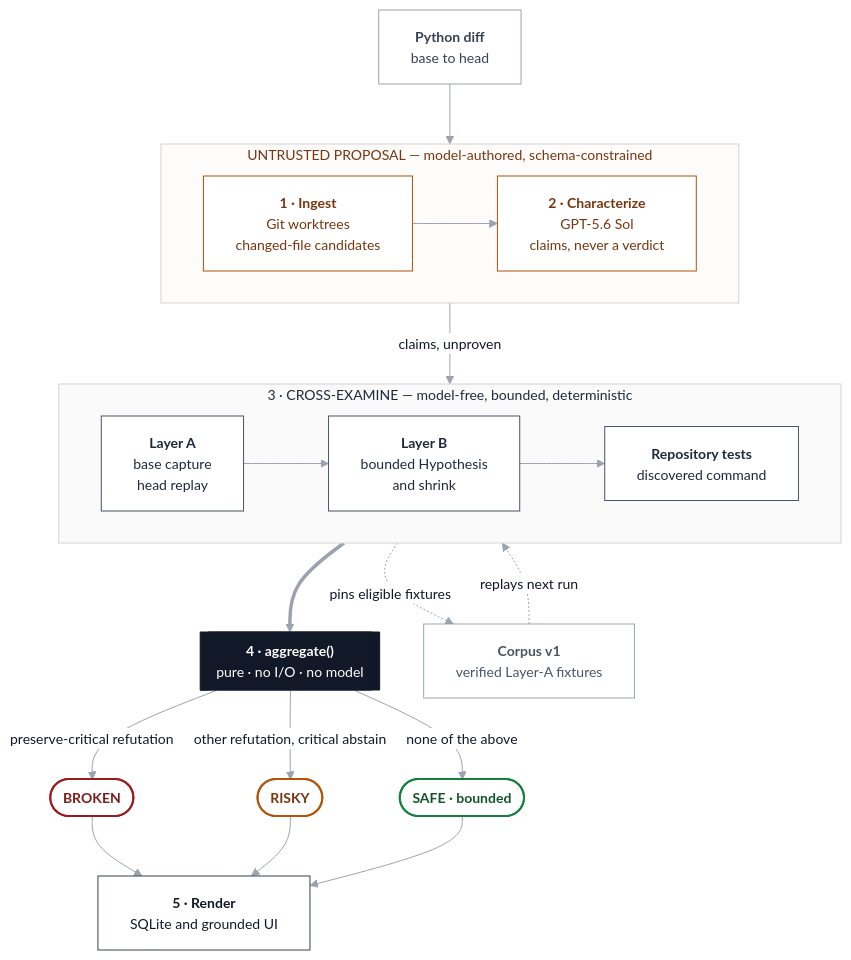
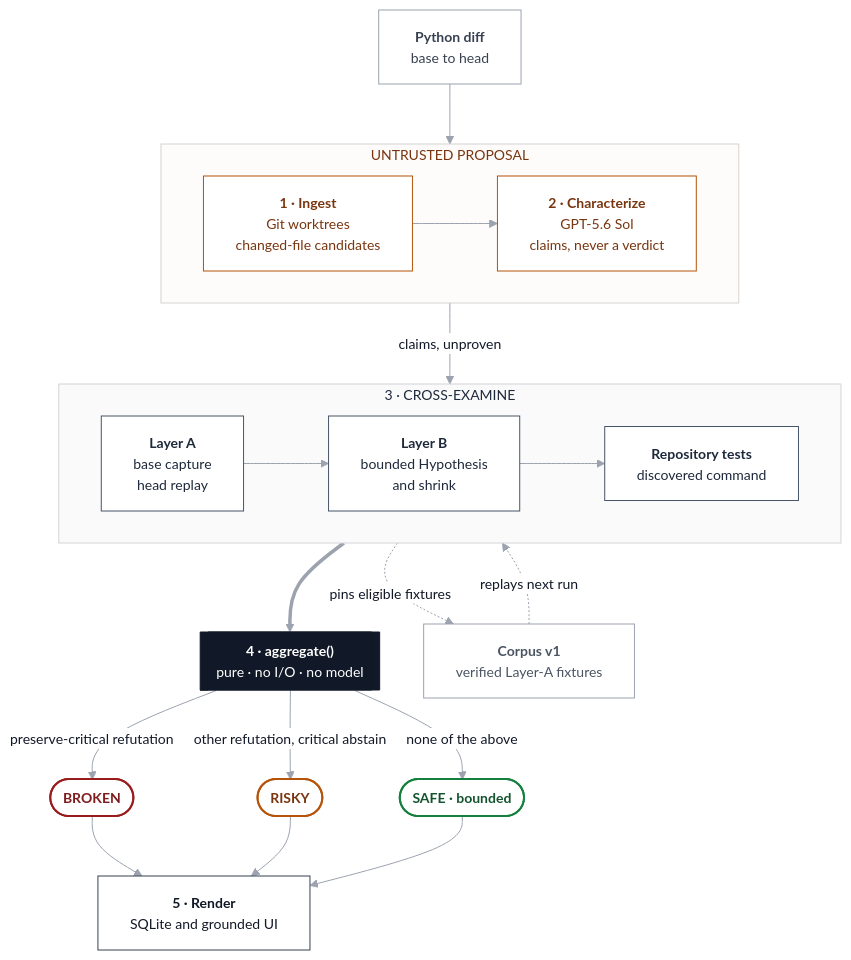
One commit to stefbuilds/cross-examine changed the diagram in README.md. Above: the diagram before and after it, drawn with Mermaid. The commit also changed other lines of this file, not shown here.

First line of the commit message:
Stop the architecture diagram clipping on GitHub

````diff
--- a/README.md
+++ b/README.md
@@ -148,70 +148,69 @@
 ```mermaid
 ---
 config:
   theme: base
   layout: dagre
   themeVariables:
-    fontFamily: 'ui-sans-serif, -apple-system, Segoe UI, Helvetica, Arial, sans-serif'
     fontSize: 14px
     lineColor: '#9ca3af'
     primaryTextColor: '#111827'
     edgeLabelBackground: '#ffffff'
     tertiaryTextColor: '#4b5563'
   flowchart:
     curve: basis
     nodeSpacing: 44
     rankSpacing: 60
     padding: 16
     htmlLabels: true
 ---
 flowchart TB
   PR["<b>Python diff</b><br/>base to head"]:::input
 
-  subgraph U ["UNTRUSTED PROPOSAL — model-authored, schema-constrained"]
+  subgraph U ["UNTRUSTED PROPOSAL"]
     direction LR
     I["<b>1 · Ingest</b><br/>Git worktrees<br/>changed-file candidates"]:::untrusted
     C["<b>2 · Characterize</b><br/>GPT-5.6 Sol<br/>claims, never a verdict"]:::untrusted
     I --> C
   end
 
-  subgraph EX ["3 · CROSS-EXAMINE — model-free, bounded, deterministic"]
+  subgraph EX ["3 · CROSS-EXAMINE"]
     direction LR
     LA["<b>Layer A</b><br/>base capture<br/>head replay"]:::grounded
     LB["<b>Layer B</b><br/>bounded Hypothesis<br/>and shrink"]:::grounded
     RT["<b>Repository tests</b><br/>discovered command"]:::grounded
     LA --> LB --> RT
   end
 
   AG[["<b>4 · aggregate()</b><br/>pure · no I/O · no model"]]:::pure
 
   CORPUS["<b>Corpus v1</b><br/>verified Layer-A fixtures"]:::corpus
   R["<b>5 · Render</b><br/>SQLite and grounded UI"]:::report
 
   PR --> I
   C -- "claims, unproven" --> LA
   RT ==> AG
 
   LA -. "pins eligible fixtures" .-> CORPUS
   CORPUS -. "replays next run" .-> LA
 
   AG -- "preserve-critical refutation" --> BROKEN(["<b>BROKEN</b>"]):::broken
   AG -- "other refutation, critical abstain" --> RISKY(["<b>RISKY</b>"]):::risky
   AG -- "none of the above" --> SAFE(["<b>SAFE · bounded</b>"]):::safe
 
   BROKEN --> R
   RISKY --> R
   SAFE --> R
 
   classDef input fill:#ffffff,stroke:#9ca3af,stroke-width:1px,color:#374151
   classDef untrusted fill:#ffffff,stroke:#b45309,stroke-width:1px,color:#78350f
   classDef grounded fill:#ffffff,stroke:#475569,stroke-width:1px,color:#1e293b
   classDef pure fill:#111827,stroke:#111827,stroke-width:1px,color:#ffffff
   classDef corpus fill:#ffffff,stroke:#9ca3af,stroke-width:1px,color:#4b5563
   classDef report fill:#ffffff,stroke:#374151,stroke-width:1px,color:#111827
   classDef broken fill:#ffffff,stroke:#991b1b,stroke-width:2px,color:#7f1d1d
   classDef risky fill:#ffffff,stroke:#b45309,stroke-width:2px,color:#78350f
   classDef safe fill:#ffffff,stroke:#15803d,stroke-width:2px,color:#14532d
 
   style U fill:#fdfcfb,stroke:#d6d3d1,stroke-width:1px,color:#78350f
   style EX fill:#fafafa,stroke:#d4d4d8,stroke-width:1px,color:#1e293b
 ```
````
